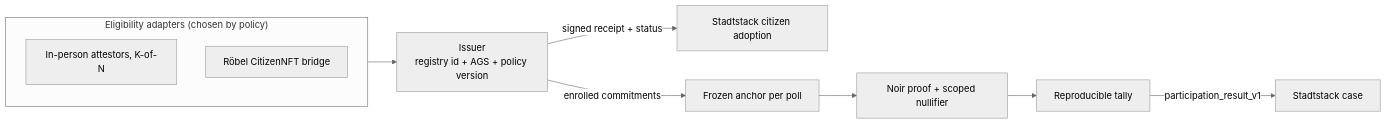
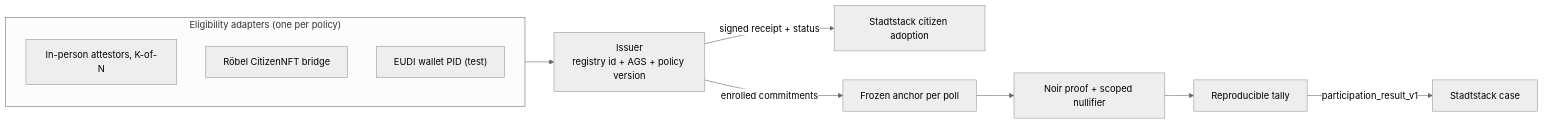
One commit to GiraeffleAeffle/stadtstack-participation changed the diagram in README.md. Above: the diagram before and after it, drawn with Mermaid (neutral theme). The commit also changed other lines of this file and 53 other files, not shown here.

````diff
--- a/README.md
+++ b/README.md
@@ -22,13 +23,14 @@
 ```mermaid
 flowchart LR
-  subgraph adapters["Eligibility adapters (chosen by policy)"]
+  subgraph adapters["Eligibility adapters (one per policy)"]
     att["In-person attestors, K-of-N"]
     nft["Röbel CitizenNFT bridge"]
+    eudi["EUDI wallet PID (test)"]
   end
   adapters --> issuer["Issuer<br/>registry id + AGS + policy version"]
   issuer -->|"signed receipt + status"| adoption["Stadtstack citizen adoption"]
   issuer -->|"enrolled commitments"| anchor["Frozen anchor per poll"]
   anchor --> ballot["Noir proof + scoped nullifier"]
   ballot --> tally["Reproducible tally"]
   tally -->|"participation_result_v1"| case["Stadtstack case"]
 ```
````
